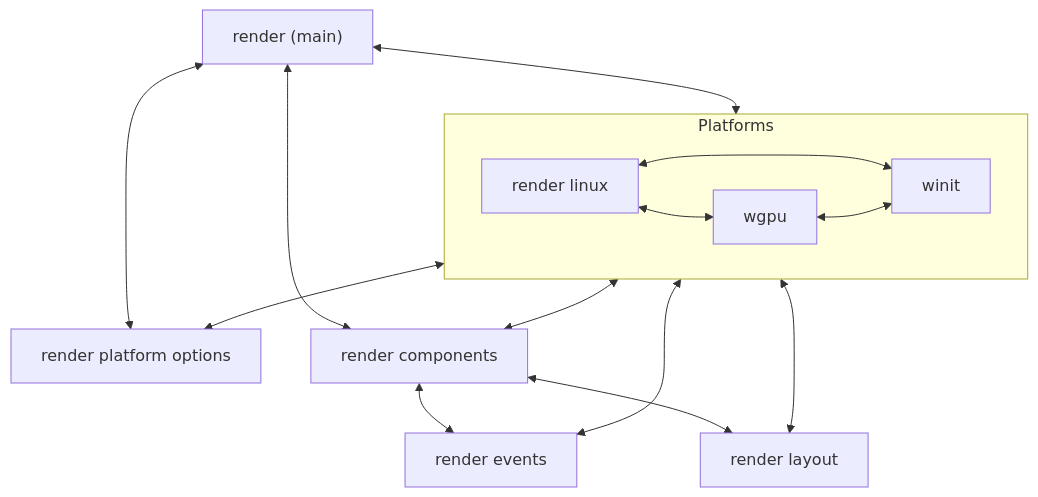
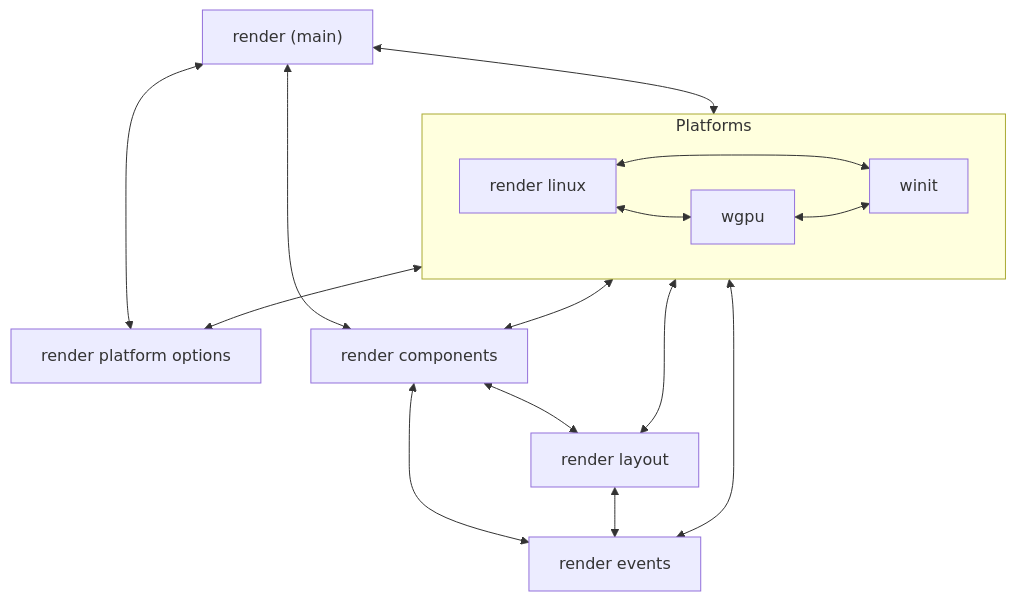
Before and after one commit to Xyndra/render: the diagram in DEVELOPING.md, drawn with Mermaid. The commit also changed 9 other files, not shown here.

````diff
--- a/DEVELOPING.md
+++ b/DEVELOPING.md
@@ -3,18 +3,19 @@
 ```mermaid
 flowchart TD
     main["render (main)"] <--> platform_opts["render platform options"]
     main <--> components["render components"]
     components <--> events["render events"]
     main <--> Platforms
     subgraph Platforms
         linux["render linux"] <--> winit
         linux <--> wgpu
         wgpu <--> winit
     end
     Platforms <--> events
     Platforms <--> layout
     Platforms <--> platform_opts
     Platforms <--> components
     components <--> layout
+    layout <--> events
     layout["render layout"]
 ```
````
